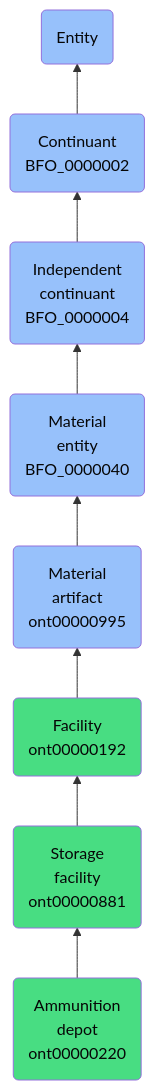
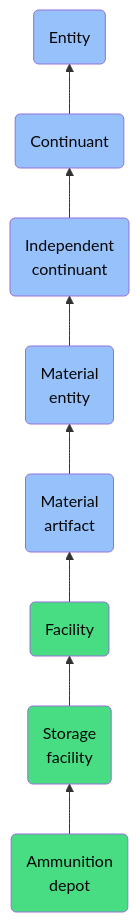
The diagram in docs/ontology/reference/model/Entity/Continuant/Independent continuant/Material entity/Material artifact/Facility/Storage facility/Ammunition depot/Ammunition depot.md (jupyter-naas/abi), drawn with Mermaid before and after one commit. The commit also changed other lines of this file and 1430 other files, not shown here.

````diff
--- a/docs/ontology/reference/model/Entity/Continuant/Independent continuant/Material entity/Material artifact/Facility/Storage facility/Ammunition depot/Ammunition depot.md
+++ b/docs/ontology/reference/model/Entity/Continuant/Independent continuant/Material entity/Material artifact/Facility/Storage facility/Ammunition depot/Ammunition depot.md
@@ -24,15 +24,15 @@
 ```mermaid
 graph BT
-    ont00000220(Ammunition<br>depot<br>ont00000220):::ABI-->ont00000881
-    ont00000881(Storage<br>facility<br>ont00000881):::ABI-->ont00000192
-    ont00000192(Facility<br>ont00000192):::ABI-->ont00000995
-    ont00000995(Material<br>artifact<br>ont00000995):::BFO-->BFO_0000040
-    BFO_0000040(Material<br>entity<br>BFO_0000040):::BFO-->BFO_0000004
-    BFO_0000004(Independent<br>continuant<br>BFO_0000004):::BFO-->BFO_0000002
-    BFO_0000002(Continuant<br>BFO_0000002):::BFO-->BFO_0000001
+    ont00000220(Ammunition<br>depot):::ABI-->ont00000881
+    ont00000881(Storage<br>facility):::ABI-->ont00000192
+    ont00000192(Facility):::ABI-->ont00000995
+    ont00000995(Material<br>artifact):::BFO-->BFO_0000040
+    BFO_0000040(Material<br>entity):::BFO-->BFO_0000004
+    BFO_0000004(Independent<br>continuant):::BFO-->BFO_0000002
+    BFO_0000002(Continuant):::BFO-->BFO_0000001
     BFO_0000001(Entity):::BFO
     
     classDef BFO fill:#97c1fb,color:#060606
     classDef CCO fill:#e4c51e,color:#060606
     classDef ABI fill:#48DD82,color:#060606
 ```
````
